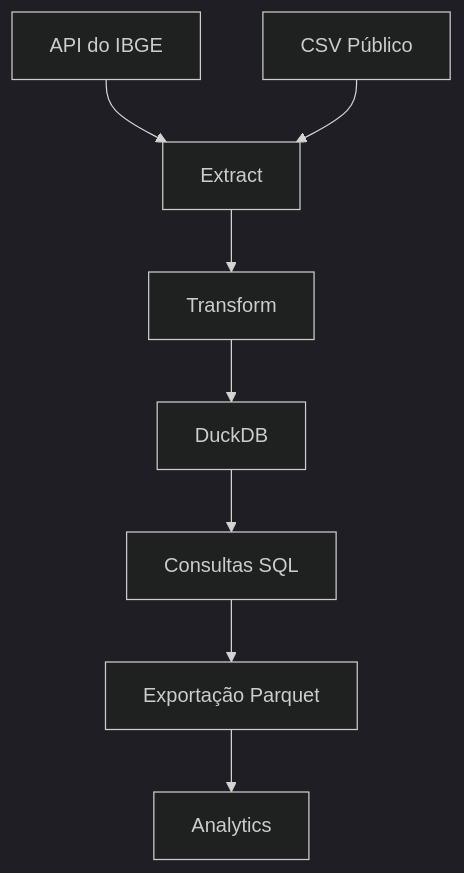
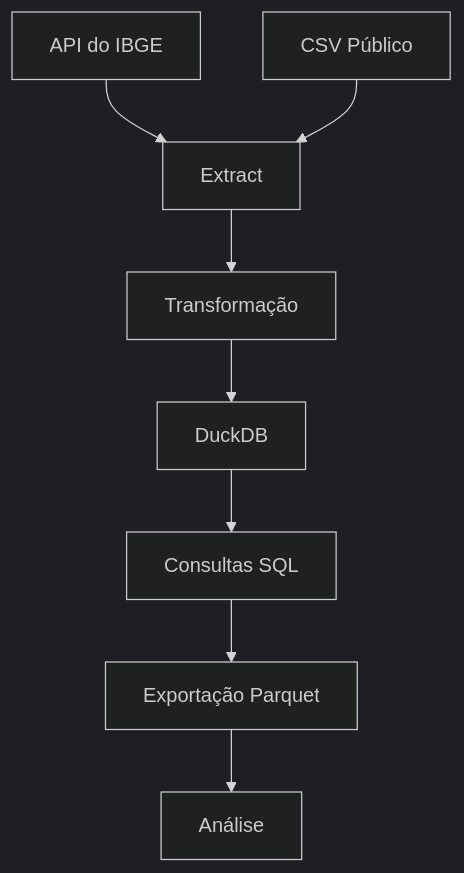
Before and after one commit to Nathalia1208/public-data-etl-pipeline: the diagram in Readme.md, drawn with Mermaid (dark theme).

````diff
--- a/Readme.md
+++ b/Readme.md
@@ -34,10 +34,10 @@
 ```mermaid
 flowchart TD
     A[API do IBGE] --> B[Extract]
     C[CSV Público] --> B
-    B --> D[Transform]
+    B --> D[Transformação]
     D --> E[DuckDB]
     E --> F[Consultas SQL]
     F --> G[Exportação Parquet]
-    G --> H[Analytics]
+    G --> H[Análise]
 ```
````
